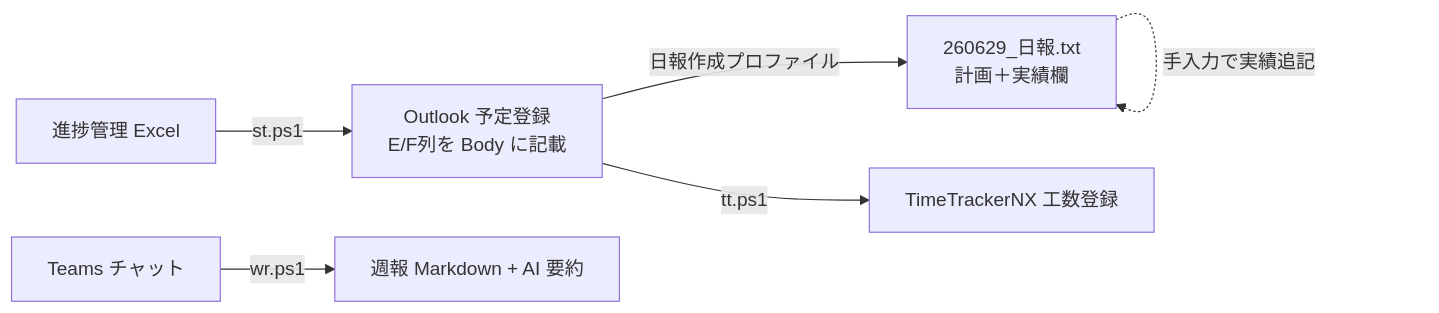
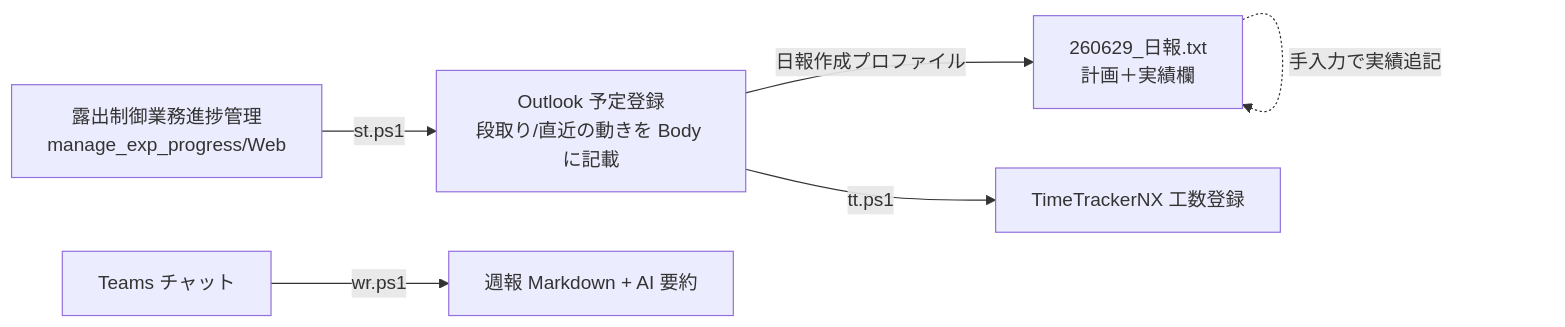
One commit to kazuhiko-kobayashi-dnjp/Dankomi_Outlook_Nippo changed the diagram in README.md. Above: the diagram before and after it, drawn with Mermaid. The commit also changed other lines of this file and 4 other files, not shown here.

````diff
--- a/README.md
+++ b/README.md
@@ -26,8 +26,8 @@
 ```mermaid
 flowchart LR
-    A[進捗管理 Excel] -->|st.ps1| B[Outlook 予定登録<br/>E/F列を Body に記載]
+    A[露出制御業務進捗管理<br/>manage_exp_progress/Web] -->|st.ps1| B[Outlook 予定登録<br/>段取り/直近の動きを Body に記載]
     B -->|日報作成プロファイル| C[260629_日報.txt<br/>計画＋実績欄]
     C -.手入力で実績追記.-> C
     B -->|tt.ps1| D[TimeTrackerNX 工数登録]
     E[Teams チャット] -->|wr.ps1| F[週報 Markdown + AI 要約]
 ```
````
